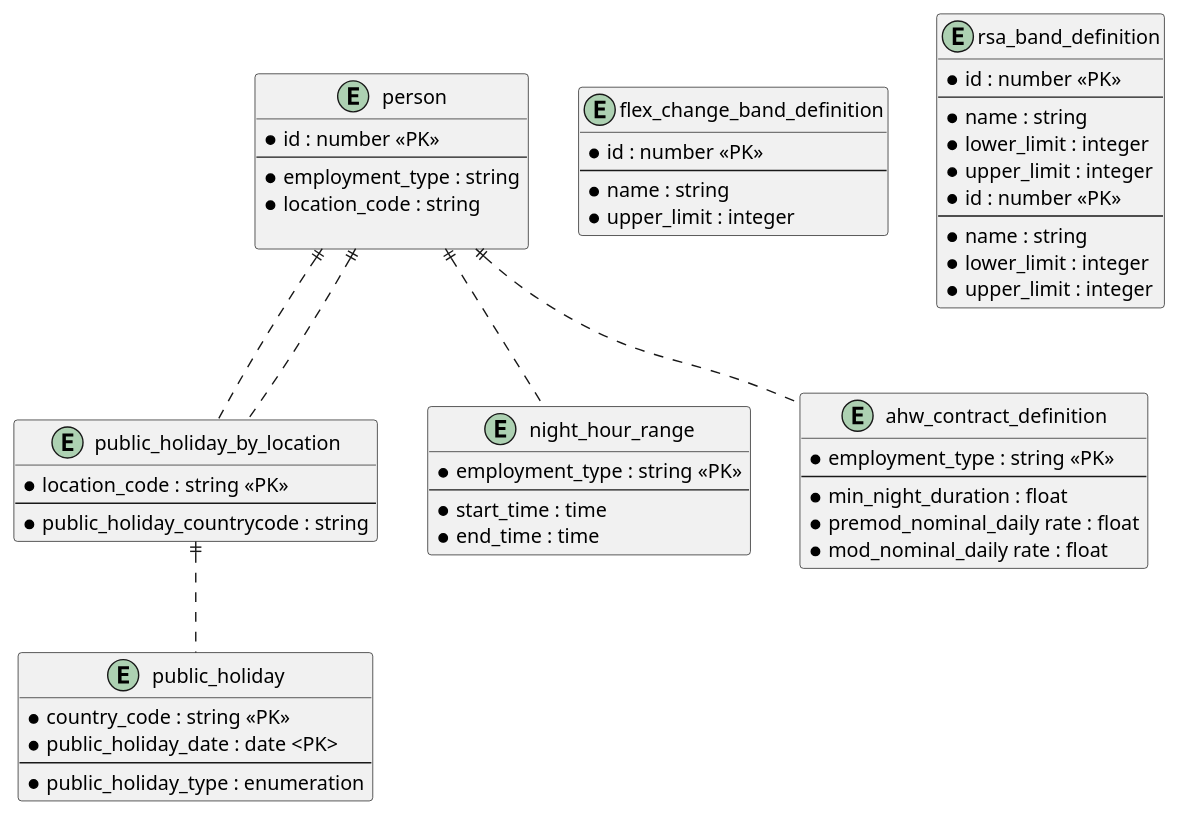
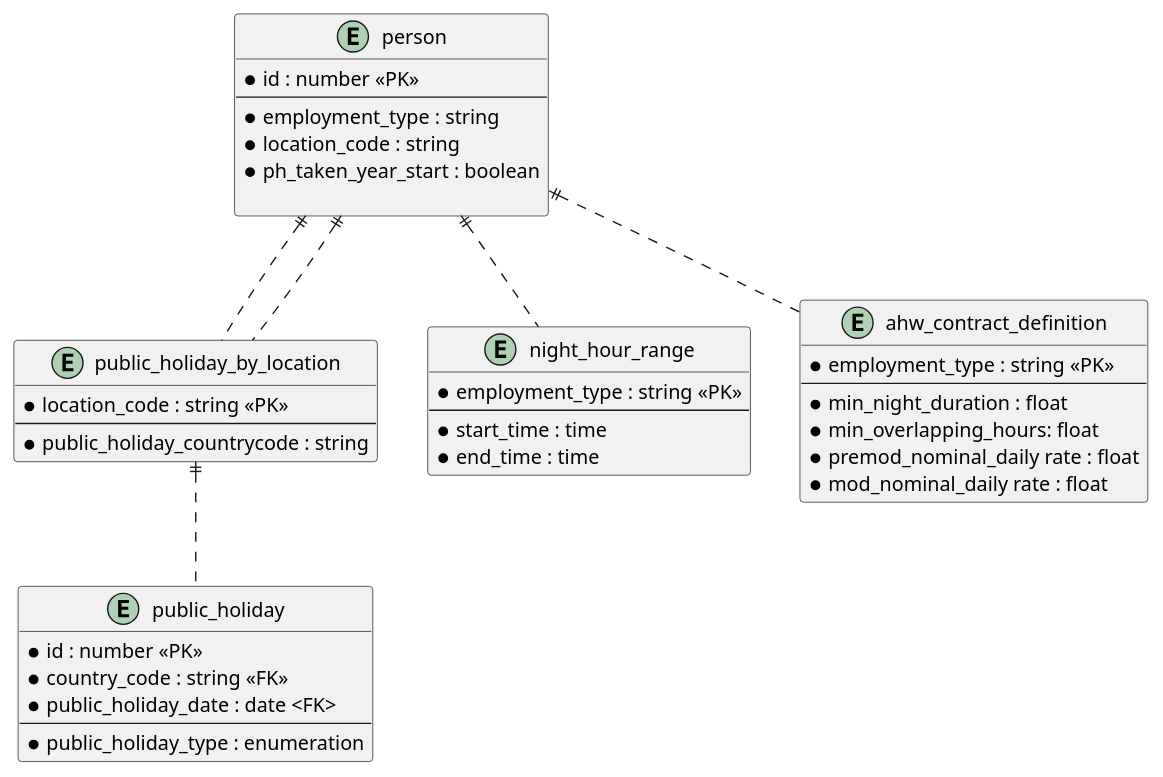
Before and after one commit to UKHomeOffice/callisto-accruals-restapi: the diagram in docs/storage-model-ref-external.puml, drawn with PlantUML. The commit also changed 6 other files, not shown here.

```diff
--- a/docs/storage-model-ref-external.puml
+++ b/docs/storage-model-ref-external.puml
@@ -1,71 +1,51 @@
 @startuml
 
 entity person {
   * id : number <<PK>>
   --
   * employment_type : string
   * location_code : string
+  * ph_taken_year_start : boolean
   
 }
 
 entity public_holiday_by_location {
   * location_code : string <<PK>>
   --
   * public_holiday_countrycode : string
 }
 
 person ||.. public_holiday_by_location
 
 entity public_holiday {
-  * country_code : string <<PK>>
-  * public_holiday_date : date <PK>
+  * id : number <<PK>>
+  * country_code : string <<FK>>
+  * public_holiday_date : date <FK>
   --
   * public_holiday_type : enumeration
 }
 
 person ||.. public_holiday_by_location
 public_holiday_by_location ||.. public_holiday
-
-entity flex_change_band_definition {
-  * id : number <<PK>>
-  --
-  * name : string
-  * upper_limit : integer
-}
-  
-entity rsa_band_definition {
-  * id : number <<PK>>
-  --
-  * name : string
-  * lower_limit : integer
-  * upper_limit : integer
-}
-
-entity rsa_band_definition {
-  * id : number <<PK>>
-  --
-  * name : string
-  * lower_limit : integer
-  * upper_limit : integer
-}
 
 entity night_hour_range {
   * employment_type : string <<PK>>
   --
   * start_time : time
   * end_time : time
 }
 
 person ||.. night_hour_range
 
 entity ahw_contract_definition {
   * employment_type : string <<PK>>
   --
   * min_night_duration : float
+  * min_overlapping_hours: float
   * premod_nominal_daily rate : float
   * mod_nominal_daily rate : float
 }
 
 person ||.. ahw_contract_definition
 
 @enduml
```
